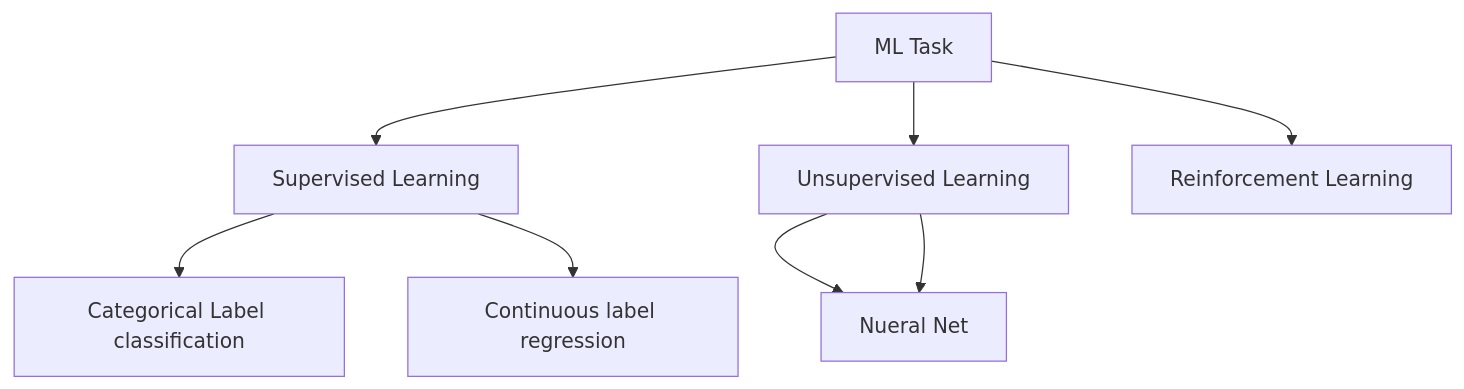
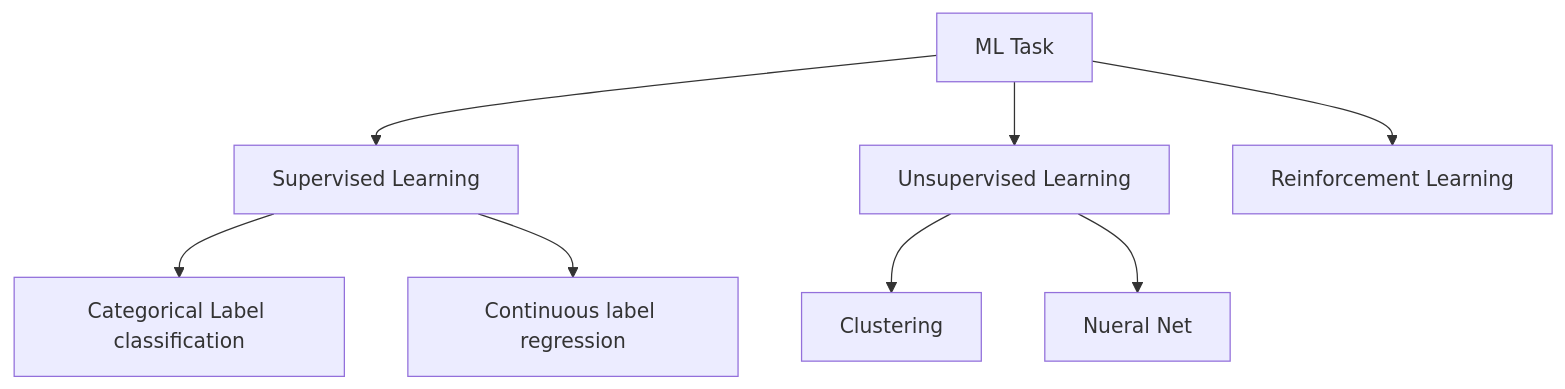
The diagram in ML notes/Deep Racer Notes/Machine Learning/The five steps of machine learning.md (Nisarg221B/Notes), drawn with Mermaid before and after one commit. The commit also changed other lines of this file, not shown here.

Commit message:
vault backup: 2023-03-26 14:22:22

````diff
--- a/ML notes/Deep Racer Notes/Machine Learning/The five steps of machine learning.md
+++ b/ML notes/Deep Racer Notes/Machine Learning/The five steps of machine learning.md
@@ -8,15 +8,10 @@
 ```mermaid
-%%{init: 
-	{ 
-	min-width: 200px; 
-	max-width: 500px;
-}%%
 graph TD;
 	id1[ML Task] --> id2[Supervised Learning]:::fuellungrot;
 	id1 --> id3[Unsupervised Learning];
 	id1 --> id4[Reinforcement Learning];
 	id2 --> id5[Categorical Label classification];
 	id2 --> id6[Continuous label regression];
 	id3 --> id7[Clustering];
-	id3 --> id7[Nueral Net];
+	id3 --> id8[Nueral Net];
 ```
````
